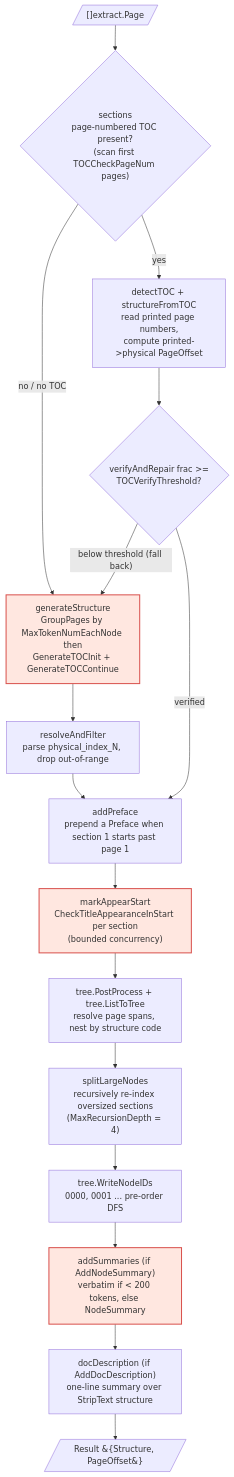
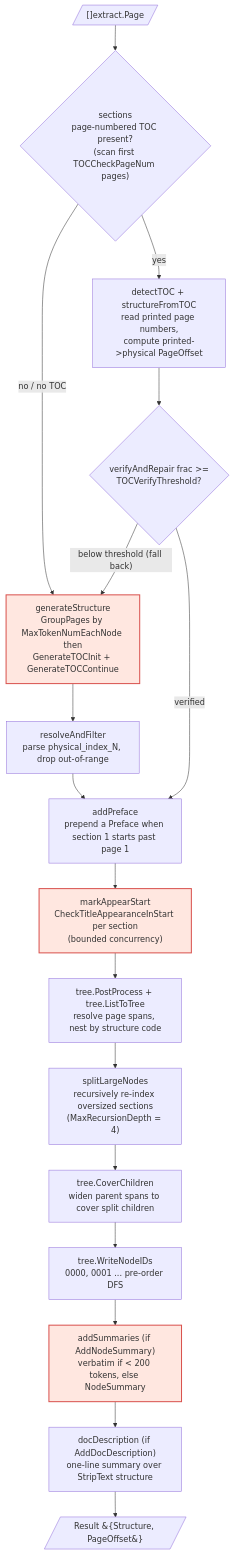
One commit to jjfantini/pindex changed the third of 7 diagrams in system_design/pindex/PindexSystemDesign.md. Above: the diagram before and after it, drawn with Mermaid. The commit also changed other lines of this file, not shown here.

First line of the commit message:
docs: sync pindex system-design with current code (catalog/retrieve fields, CoverChildren, flag defaults)

````diff
--- a/system_design/pindex/PindexSystemDesign.md
+++ b/system_design/pindex/PindexSystemDesign.md
@@ -109,30 +110,31 @@
 ```mermaid
 flowchart TB
     P[/"[]extract.Page"/]
     SEC{"sections<br/>page-numbered TOC present?<br/>(scan first TOCCheckPageNum pages)"}
 
     G["generateStructure<br/>GroupPages by MaxTokenNumEachNode then<br/>GenerateTOCInit + GenerateTOCContinue"]
     RF["resolveAndFilter<br/>parse physical_index_N, drop out-of-range"]
 
     TOC["detectTOC + structureFromTOC<br/>read printed page numbers,<br/>compute printed-&gt;physical PageOffset"]
     VER{"verifyAndRepair frac &gt;=<br/>TOCVerifyThreshold?"}
 
     PRE["addPreface<br/>prepend a Preface when section 1 starts past page 1"]
     MA["markAppearStart<br/>CheckTitleAppearanceInStart per section<br/>(bounded concurrency)"]
     PP["tree.PostProcess + tree.ListToTree<br/>resolve page spans, nest by structure code"]
     SL["splitLargeNodes<br/>recursively re-index oversized sections<br/>(MaxRecursionDepth = 4)"]
+    CC["tree.CoverChildren<br/>widen parent spans to cover split children"]
     ID["tree.WriteNodeIDs<br/>0000, 0001 ... pre-order DFS"]
     SUM["addSummaries (if AddNodeSummary)<br/>verbatim if &lt; 200 tokens, else NodeSummary"]
     DD["docDescription (if AddDocDescription)<br/>one-line summary over StripText structure"]
     OUT[/"Result &#123;Structure, PageOffset&#125;"/]
 
     P --> SEC
     SEC -->|"no / no TOC"| G --> RF --> PRE
     SEC -->|"yes"| TOC --> VER
     VER -->|"verified"| PRE
     VER -->|"below threshold (fall back)"| G
-    PRE --> MA --> PP --> SL --> ID --> SUM --> DD --> OUT
+    PRE --> MA --> PP --> SL --> CC --> ID --> SUM --> DD --> OUT
 
     classDef crit fill:#ffe7e0,stroke:#d9534f,stroke-width:2px;
     class G,MA,SUM crit
 ```
````
